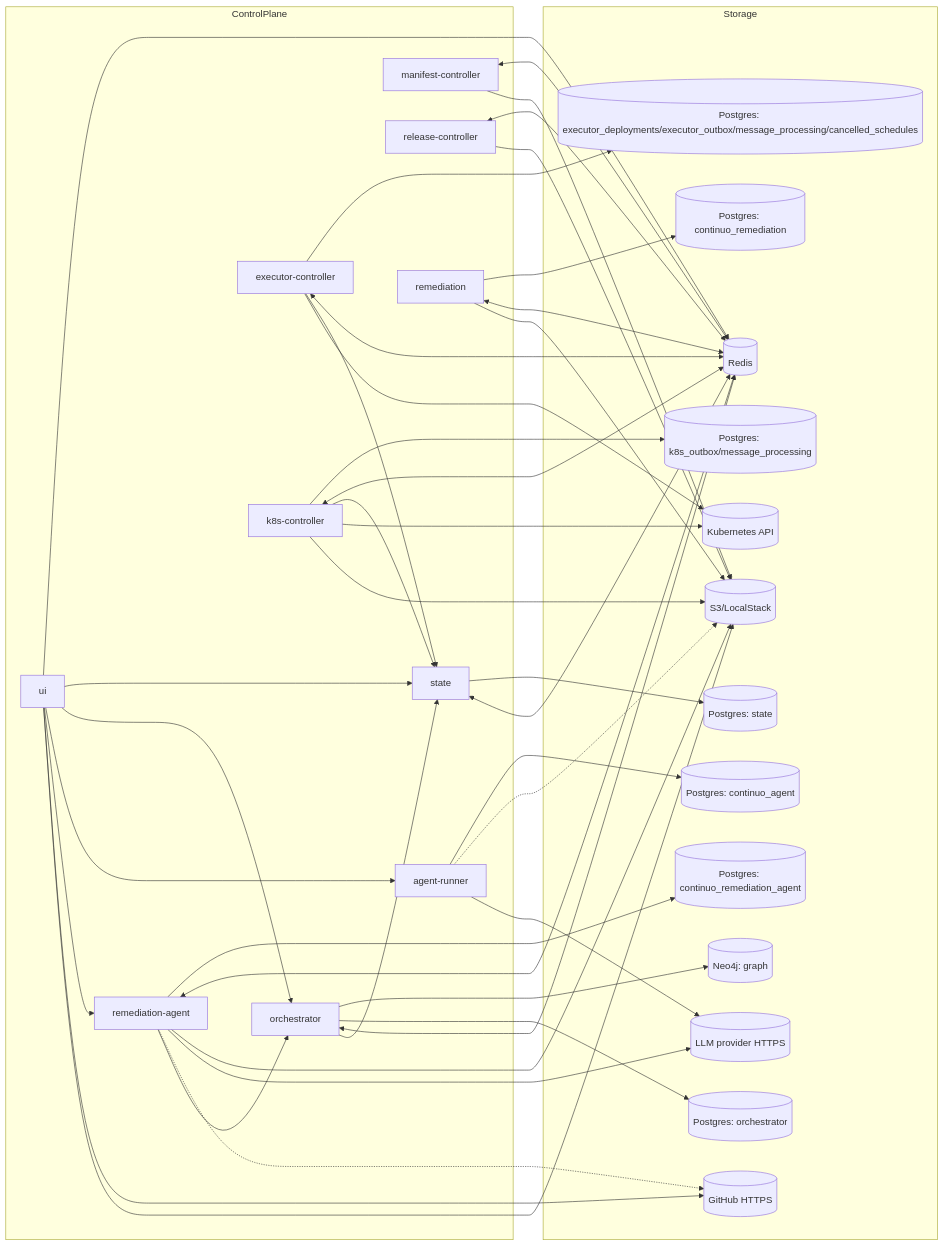
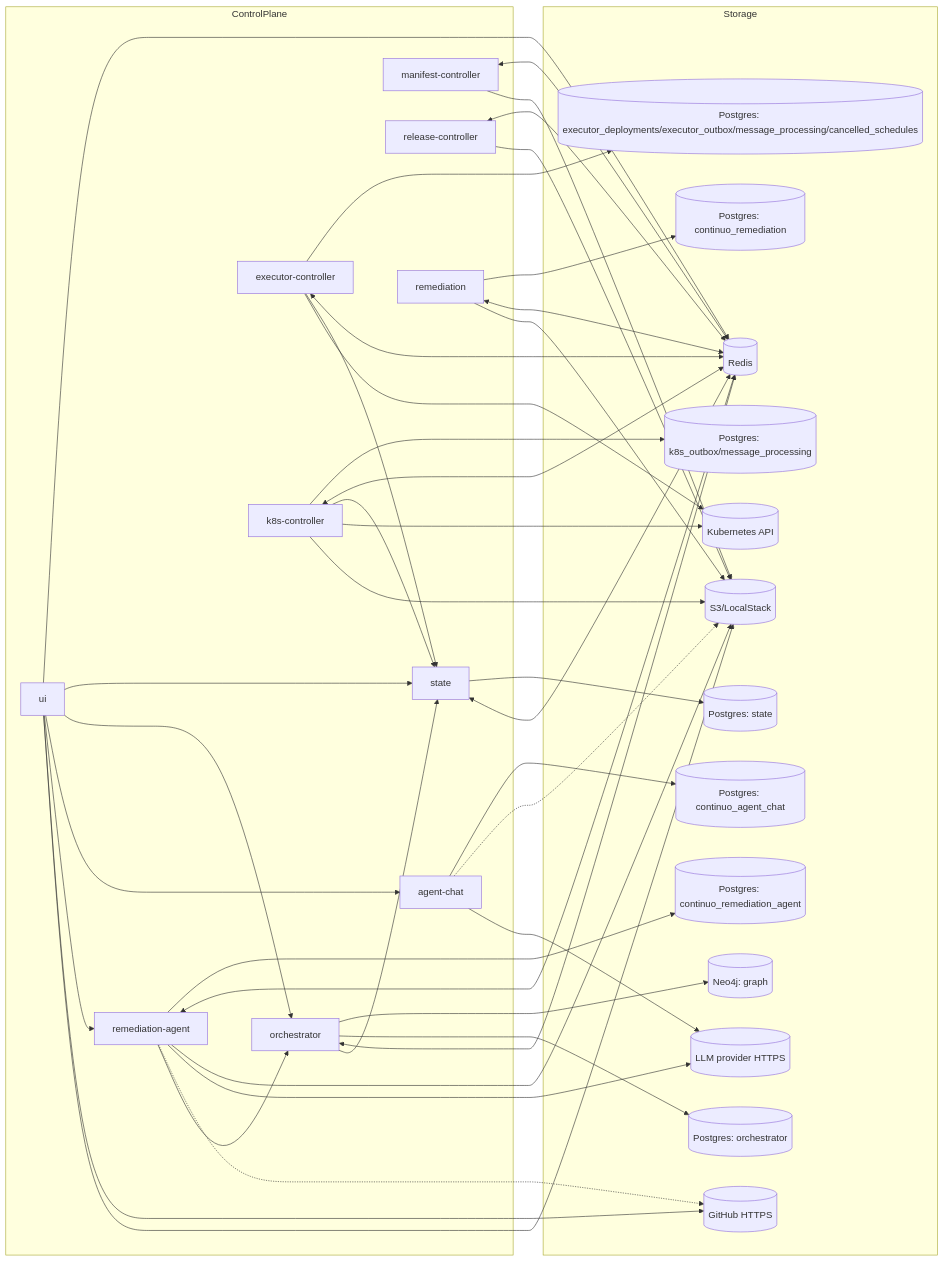
One commit to carolsimone/continuo changed the first of 2 diagrams in docs/arch/01-topology.md. Above: the diagram before and after it, drawn with Mermaid. The commit also changed other lines of this file and 150 other files, not shown here.

First line of the commit message:
refactor!: rename agent-runner to agent-chat (#455)

````diff
--- a/docs/arch/01-topology.md
+++ b/docs/arch/01-topology.md
@@ -5,73 +5,73 @@
 ```mermaid
 flowchart LR
   subgraph ControlPlane
     ST[state]
     OR[orchestrator]
     EC[executor-controller]
     KC[k8s-controller]
     MC[manifest-controller]
     RC[release-controller]
     UI[ui]
-    AR[agent-runner]
+    AR[agent-chat]
     REM[remediation]
     REMA[remediation-agent]
   end
 
   subgraph Storage
     STDB[(Postgres: state)]
     ORPG[(Postgres: orchestrator)]
     GRDB[(Neo4j: graph)]
     ECPG[(Postgres: executor_deployments/executor_outbox/message_processing/cancelled_schedules)]
     KCPG[(Postgres: k8s_outbox/message_processing)]
-    AGPG[(Postgres: continuo_agent)]
+    AGPG[(Postgres: continuo_agent_chat)]
     REMPG[(Postgres: continuo_remediation)]
     REMAGPG[(Postgres: continuo_remediation_agent)]
     S3[(S3/LocalStack)]
     K8S[(Kubernetes API)]
     R[(Redis)]
     LLM[(LLM provider HTTPS)]
     GH[(GitHub HTTPS)]
   end
 
   ST --> STDB
   OR --> GRDB
   OR --> ORPG
   EC --> ECPG
   KC --> KCPG
   AR --> AGPG
   REM --> REMPG
   REMA --> REMAGPG
 
   ST <--> R
   OR <--> R
   EC <--> R
   KC <--> R
   MC <--> R
   RC <--> R
   UI --> R
   REM <--> R
   REMA <--> R
 
   OR --> ST
   EC --> ST
   KC --> ST
   UI --> ST
   UI --> OR
   UI --> AR
   UI --> REMA
   UI --> GH
 
   EC --> K8S
   KC --> K8S
   KC --> S3
   MC --> S3
   RC --> S3
   AR -.-> S3
   AR --> LLM
   REM --> S3
   REMA --> S3
   REMA --> LLM
   REMA -.-> GH
   REMA --> OR
   UI --> S3
 ```
````
